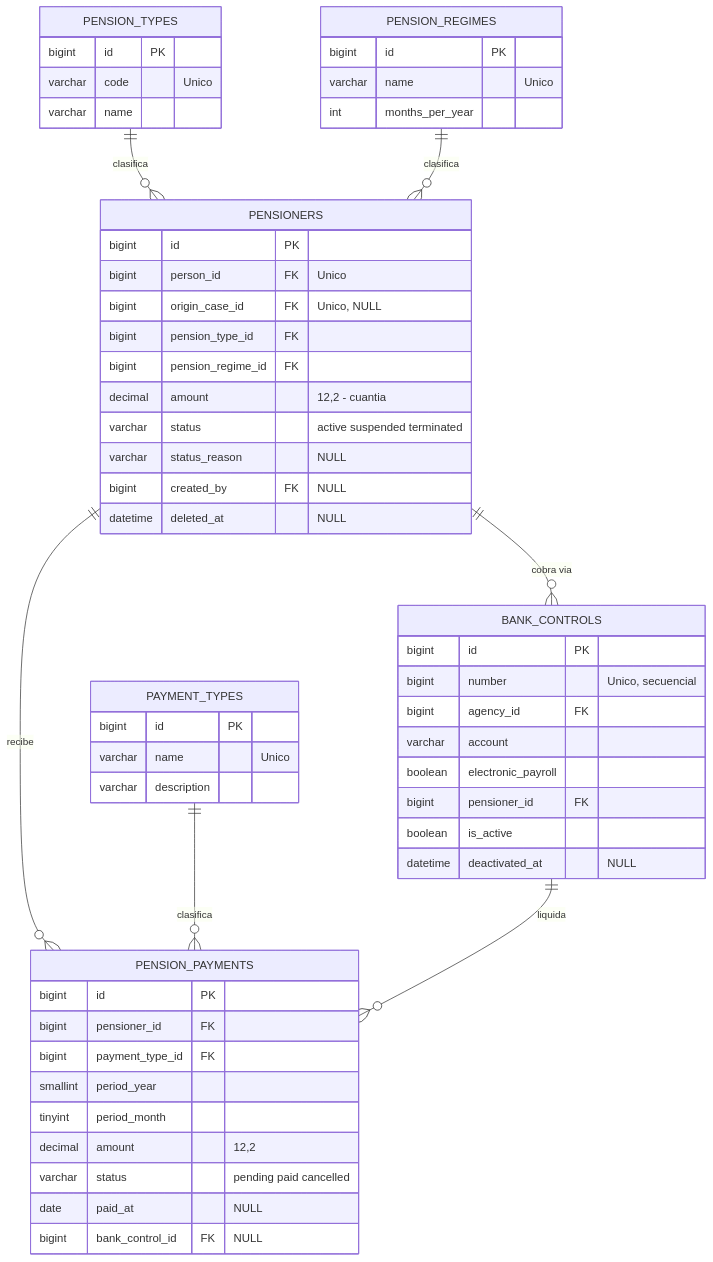
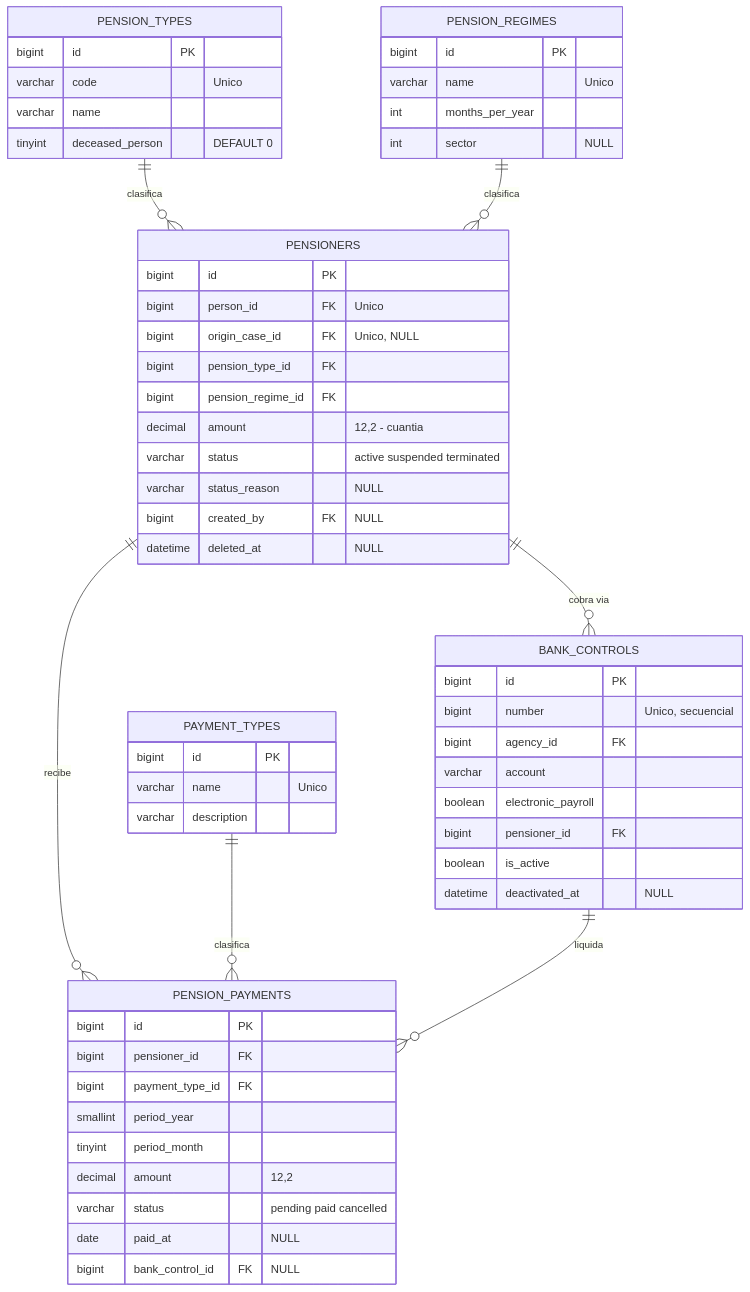
The sixth of 7 diagrams in download/Modelo de datos.md (keniercb/inass_siss), drawn with Mermaid before and after one commit. The commit also changed other lines of this file and 4 other files, not shown here.

````diff
--- a/download/Modelo de datos.md
+++ b/download/Modelo de datos.md
@@ -373,57 +373,59 @@
 ```mermaid
 erDiagram
     PENSION_TYPES {
         bigint id PK
         varchar code "Unico"
         varchar name
+        tinyint deceased_person "DEFAULT 0"
     }
     PENSION_REGIMES {
         bigint id PK
         varchar name "Unico"
         int months_per_year
+        int sector "NULL"
     }
     PENSIONERS {
         bigint id PK
         bigint person_id FK "Unico"
         bigint origin_case_id FK "Unico, NULL"
         bigint pension_type_id FK
         bigint pension_regime_id FK
         decimal amount "12,2 - cuantia"
         varchar status "active suspended terminated"
         varchar status_reason "NULL"
         bigint created_by FK "NULL"
         datetime deleted_at "NULL"
     }
     BANK_CONTROLS {
         bigint id PK
         bigint number "Unico, secuencial"
         bigint agency_id FK
         varchar account
         boolean electronic_payroll
         bigint pensioner_id FK
         boolean is_active
         datetime deactivated_at "NULL"
     }
     PAYMENT_TYPES {
         bigint id PK
         varchar name "Unico"
         varchar description
     }
     PENSION_PAYMENTS {
         bigint id PK
         bigint pensioner_id FK
         bigint payment_type_id FK
         smallint period_year
         tinyint period_month
         decimal amount "12,2"
         varchar status "pending paid cancelled"
         date paid_at "NULL"
         bigint bank_control_id FK "NULL"
     }
     PENSION_TYPES ||--o{ PENSIONERS : "clasifica"
     PENSION_REGIMES ||--o{ PENSIONERS : "clasifica"
     PENSIONERS ||--o{ BANK_CONTROLS : "cobra via"
     PENSIONERS ||--o{ PENSION_PAYMENTS : "recibe"
     PAYMENT_TYPES ||--o{ PENSION_PAYMENTS : "clasifica"
     BANK_CONTROLS ||--o{ PENSION_PAYMENTS : "liquida"
 ```
````
